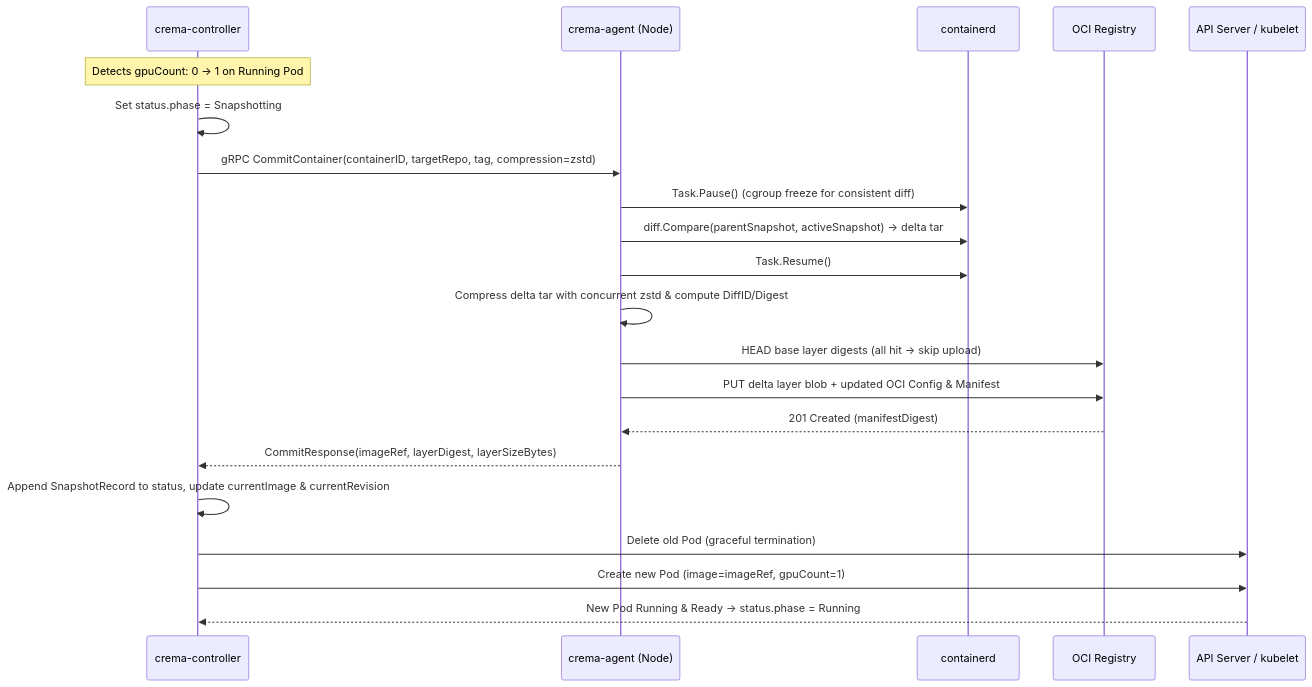
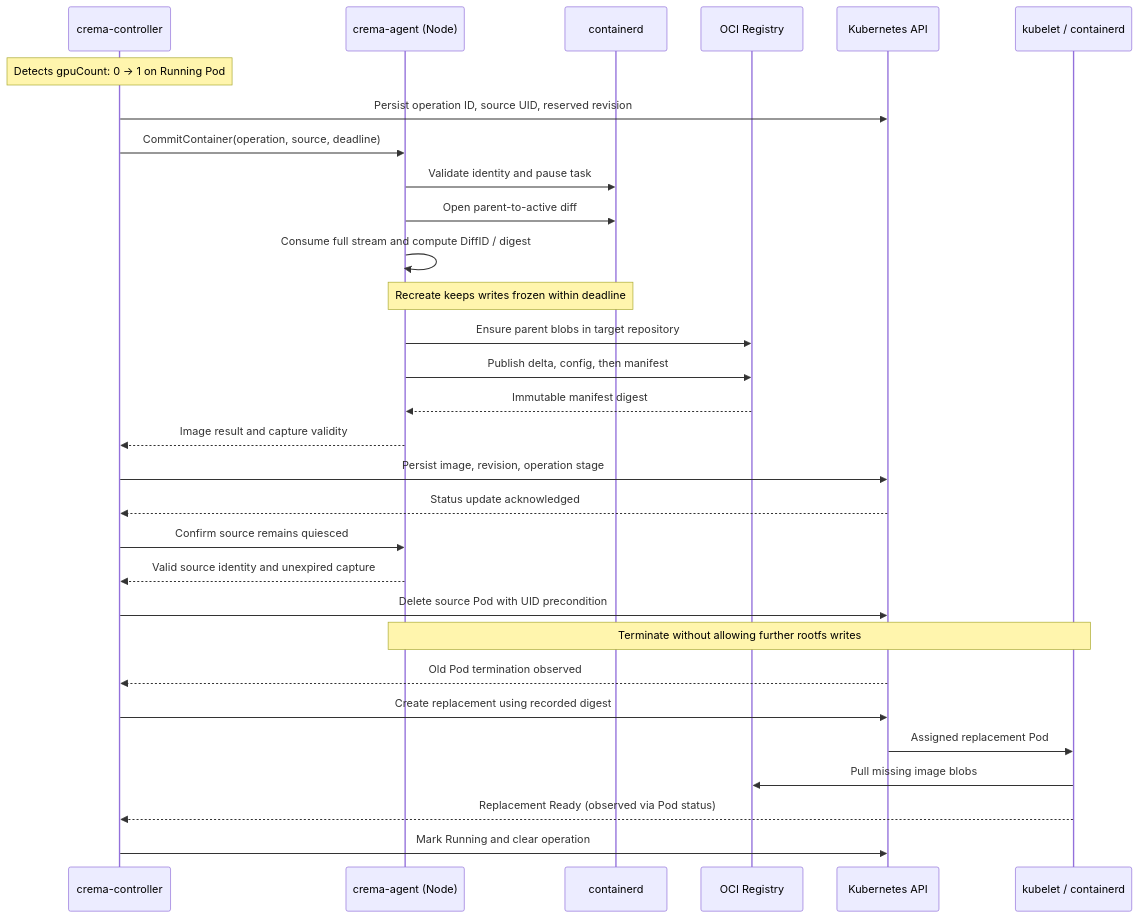
One commit to kubebottle/crema changed the fourth of 4 diagrams in docs/design.md. Above: the diagram before and after it, drawn with Mermaid. The commit also changed other lines of this file and 3 other files, not shown here.

Commit message:
docs: replace README mermaid with SVG architecture diagram and refine docs

````diff
--- a/docs/design.md
+++ b/docs/design.md
@@ -203,24 +210,33 @@
 ```mermaid
 sequenceDiagram
     participant C as crema-controller
     participant A as crema-agent (Node)
     participant D as containerd
     participant R as OCI Registry
-    participant K as API Server / kubelet
+    participant K as Kubernetes API
+    participant N as kubelet / containerd
 
     Note over C: Detects gpuCount: 0 -> 1 on Running Pod
-    C->>C: Set status.phase = Snapshotting
-    C->>A: gRPC CommitContainer(containerID, targetRepo, tag, compression=zstd)
-    A->>D: Task.Pause() (cgroup freeze for consistent diff)
-    A->>D: diff.Compare(parentSnapshot, activeSnapshot) -> delta tar
-    A->>D: Task.Resume()
-    A->>A: Compress delta tar with concurrent zstd & compute DiffID/Digest
-    A->>R: HEAD base layer digests (all hit -> skip upload)
-    A->>R: PUT delta layer blob + updated OCI Config & Manifest
-    R-->>A: 201 Created (manifestDigest)
-    A-->>C: CommitResponse(imageRef, layerDigest, layerSizeBytes)
-    C->>C: Append SnapshotRecord to status, update currentImage & currentRevision
-    C->>K: Delete old Pod (graceful termination)
-    C->>K: Create new Pod (image=imageRef, gpuCount=1)
-    K-->>C: New Pod Running & Ready -> status.phase = Running
+    C->>K: Persist operation ID, source UID, reserved revision
+    C->>A: CommitContainer(operation, source, deadline)
+    A->>D: Validate identity and pause task
+    A->>D: Open parent-to-active diff
+    A->>A: Consume full stream and compute DiffID / digest
+    Note over A,D: Recreate keeps writes frozen within deadline
+    A->>R: Ensure parent blobs in target repository
+    A->>R: Publish delta, config, then manifest
+    R-->>A: Immutable manifest digest
+    A-->>C: Image result and capture validity
+    C->>K: Persist image, revision, operation stage
+    K-->>C: Status update acknowledged
+    C->>A: Confirm source remains quiesced
+    A-->>C: Valid source identity and unexpired capture
+    C->>K: Delete source Pod with UID precondition
+    Note over A,N: Terminate without allowing further rootfs writes
+    K-->>C: Old Pod termination observed
+    C->>K: Create replacement using recorded digest
+    K->>N: Assigned replacement Pod
+    N->>R: Pull missing image blobs
+    N-->>C: Replacement Ready (observed via Pod status)
+    C->>K: Mark Running and clear operation
 ```
````
